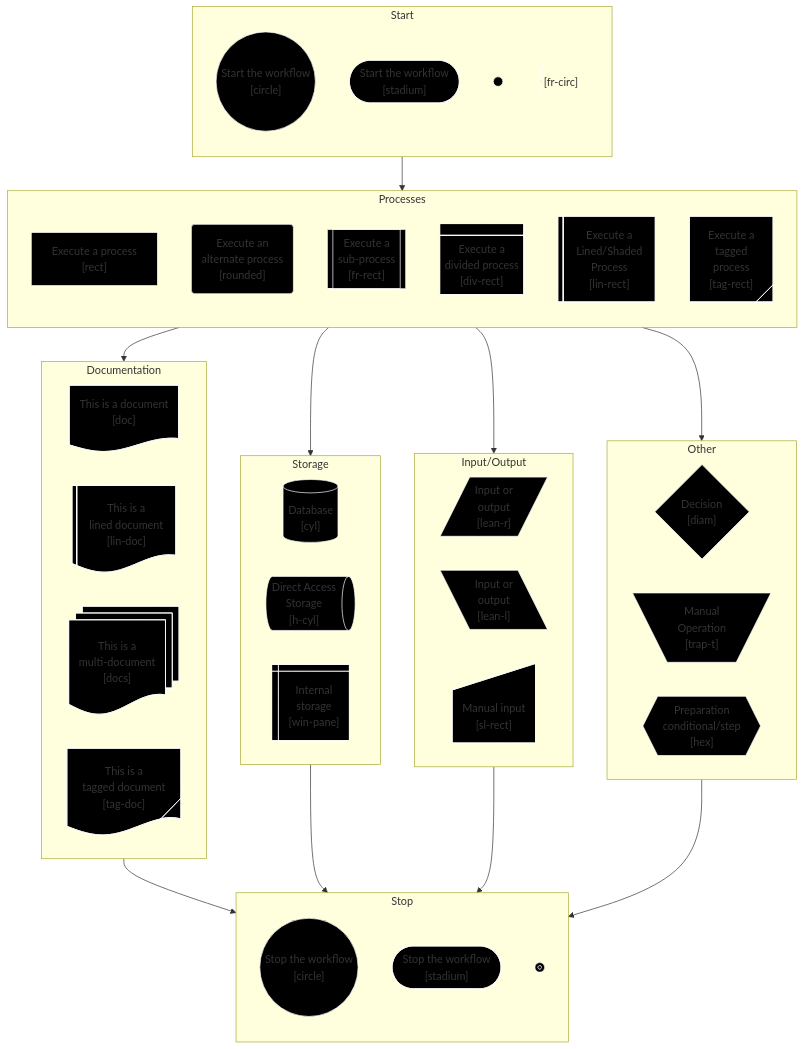
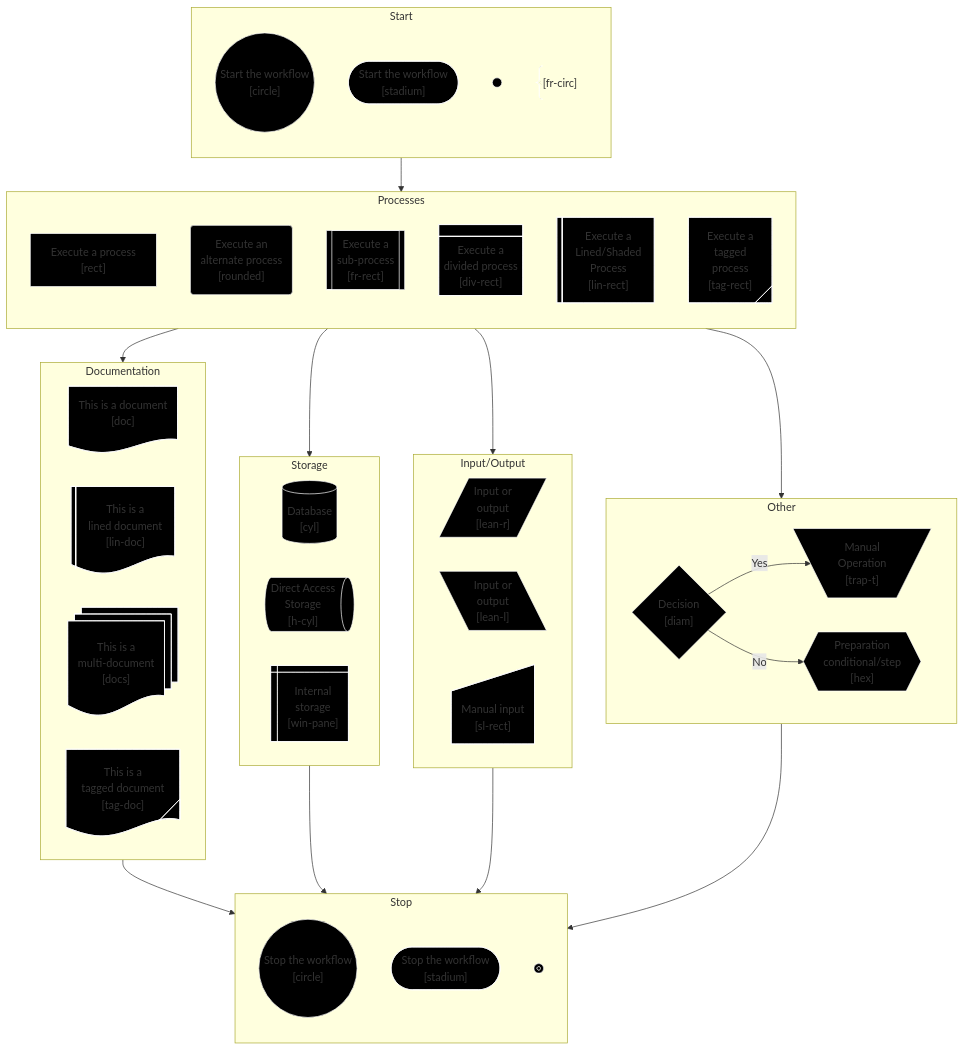
Before and after one commit to APrettyCoolProgram/aprettycoolprogram: the first of 3 diagrams in profile/mermaid/mermaid-shapes-workflows.md, drawn with Mermaid. The commit also changed 4 other files, not shown here.

```diff
--- a/profile/mermaid/mermaid-shapes-workflows.md
+++ b/profile/mermaid/mermaid-shapes-workflows.md
@@ -67,6 +67,8 @@
         ManualOperation@{shape: trap-t, label: "Manual\nOperation\n[trap-t]"}
         PrepareConditional@{shape: hex, label: "Preparation\nconditional/step\n[hex]"}
         %% Layout : none
+        Decision -- Yes --> ManualOperation
+        Decision -- No --> PrepareConditional
         %% Styles : global
     end
 
```
